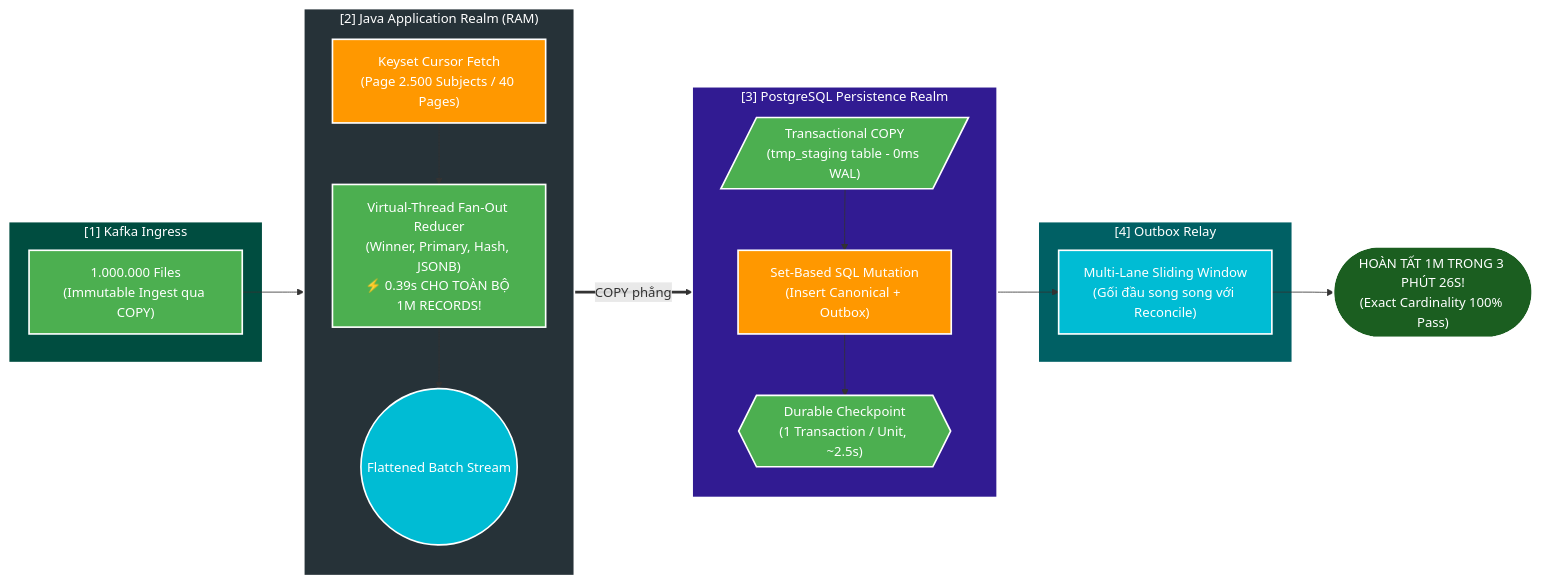
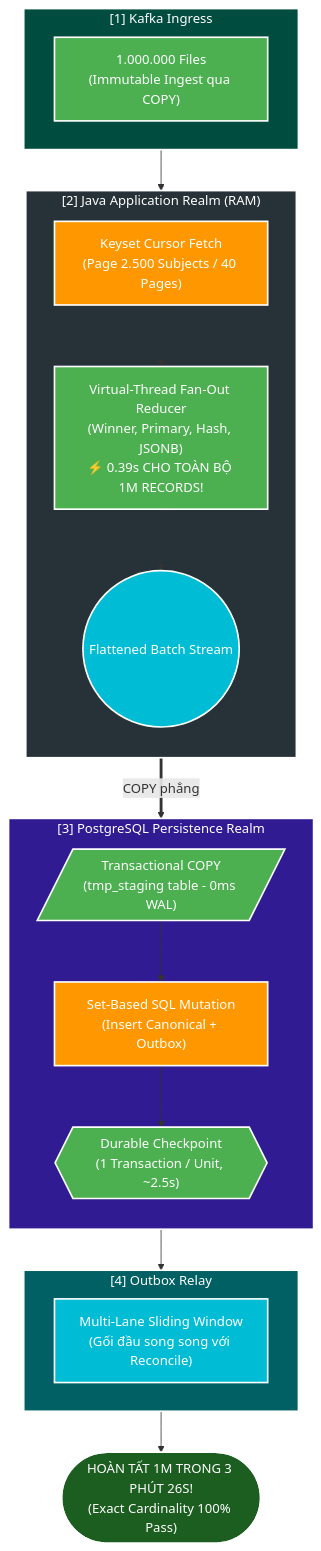
The fifth of 6 diagrams in manual/learning/deep-dive/catalog-service/01-catalog-coalescing-and-reconciliation-deep-dive.md (HungPhan200591/file-mngt-be-v2), drawn with Mermaid before and after one commit. The commit also changed other lines of this file and 2 other files, not shown here.

Commit message:
feat: update documentation for catalog coalescing and reconciliation, enhance flowcharts, and add Kafka producer configuration

````diff
--- a/manual/learning/deep-dive/catalog-service/01-catalog-coalescing-and-reconciliation-deep-dive.md
+++ b/manual/learning/deep-dive/catalog-service/01-catalog-coalescing-and-reconciliation-deep-dive.md
@@ -261,40 +256,40 @@
 ```mermaid
-flowchart LR
+flowchart TD
     subgraph INGRESS4["[1] Kafka Ingress"]
         K4["1.000.000 Files\n(Immutable Ingest qua COPY)"]
     end
     subgraph HYBRID_JVM["[2] Java Application Realm (RAM)"]
         direction TB
         FETCH4["Keyset Cursor Fetch\n(Page 2.500 Subjects / 40 Pages)"]
         REDUCE4["Virtual-Thread Fan-Out Reducer\n(Winner, Primary, Hash, JSONB)\n⚡ 0.39s CHO TOÀN BỘ 1M RECORDS!"]
         STREAM4(("Flattened Batch Stream"))
         FETCH4 --> REDUCE4 --> STREAM4
     end
     subgraph HYBRID_DB["[3] PostgreSQL Persistence Realm"]
         direction TB
         COPY4[/"Transactional COPY\n(tmp_staging table - 0ms WAL)"/]
         APPLY4["Set-Based SQL Mutation\n(Insert Canonical + Outbox)"]
         CHECK4{{"Durable Checkpoint\n(1 Transaction / Unit, ~2.5s)"}}
         COPY4 --> APPLY4 --> CHECK4
     end
     subgraph EGRESS4["[4] Outbox Relay"]
         RELAY4["Multi-Lane Sliding Window\n(Gối đầu song song với Reconcile)"]
     end
-    K4 --> FETCH4
-    STREAM4 ==>|"COPY phẳng"| COPY4
-    CHECK4 --> RELAY4
-    RELAY4 --> SUCCESS4(["HOÀN TẤT 1M TRONG 3 PHÚT 26S!\n(Exact Cardinality 100% Pass)"])
+    INGRESS4 --> HYBRID_JVM
+    HYBRID_JVM ==>|"COPY phẳng"| HYBRID_DB
+    HYBRID_DB --> EGRESS4
+    EGRESS4 --> SUCCESS4(["HOÀN TẤT 1M TRONG 3 PHÚT 26S!\n(Exact Cardinality 100% Pass)"])
     style INGRESS4 fill:#004D40,stroke:#fff,stroke-width:2px,color:#fff
     style K4 fill:#4CAF50,stroke:#fff,stroke-width:2px,color:#fff
     style HYBRID_JVM fill:#263238,stroke:#fff,stroke-width:2px,color:#fff
     style FETCH4 fill:#FF9800,stroke:#fff,stroke-width:2px,color:#fff
     style REDUCE4 fill:#4CAF50,stroke:#fff,stroke-width:2px,color:#fff
     style STREAM4 fill:#00BCD4,stroke:#fff,stroke-width:2px,color:#fff
     style HYBRID_DB fill:#311B92,stroke:#fff,stroke-width:2px,color:#fff
     style COPY4 fill:#4CAF50,stroke:#fff,stroke-width:2px,color:#fff
     style APPLY4 fill:#FF9800,stroke:#fff,stroke-width:2px,color:#fff
     style CHECK4 fill:#4CAF50,stroke:#fff,stroke-width:2px,color:#fff
     style EGRESS4 fill:#006064,stroke:#fff,stroke-width:2px,color:#fff
     style RELAY4 fill:#00BCD4,stroke:#fff,stroke-width:2px,color:#fff
     style SUCCESS4 fill:#1B5E20,stroke:#fff,stroke-width:2px,color:#fff
 ```
````
